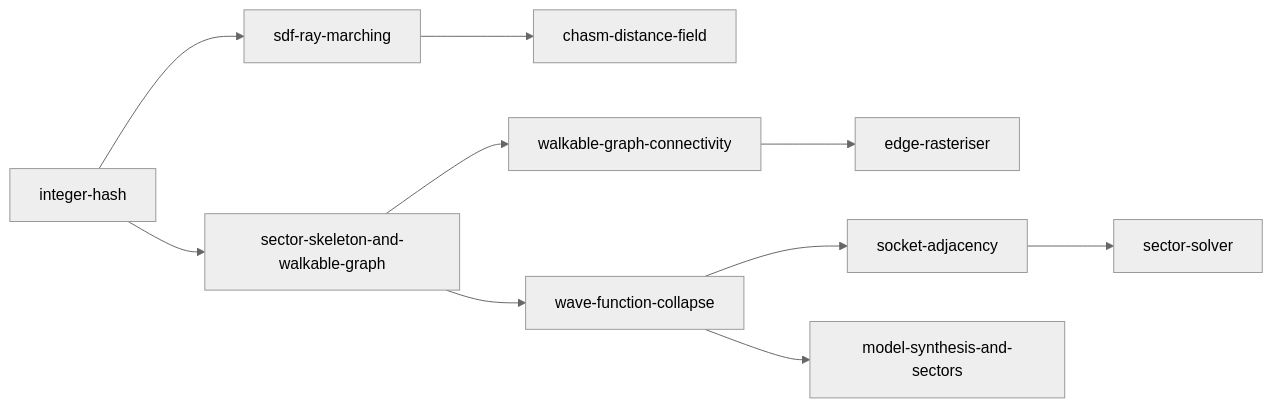
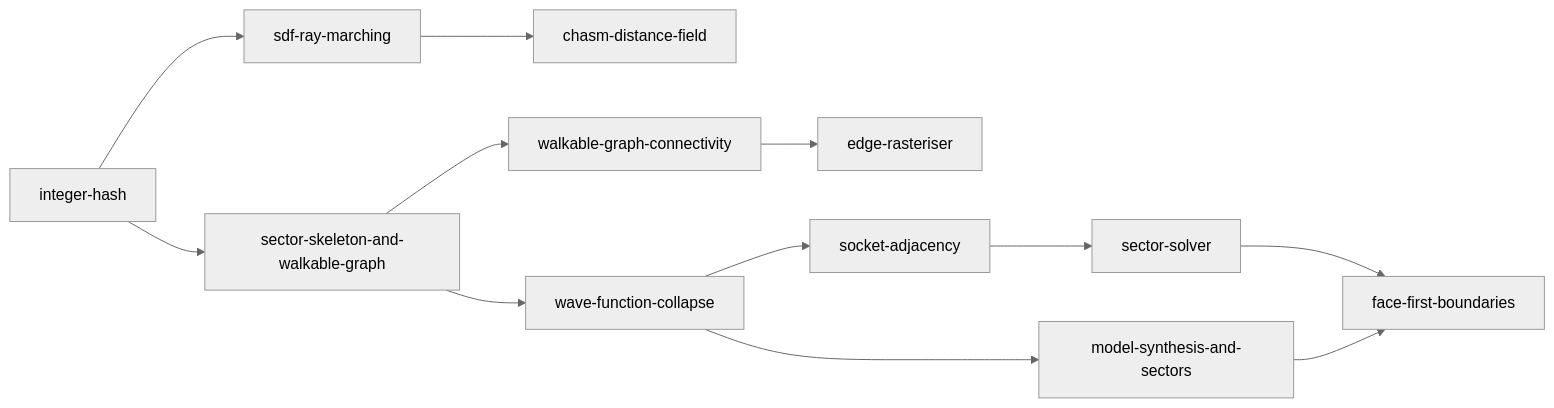
One commit to seletz/megastructure changed the diagram in docs/algorithms/README.md. Above: the diagram before and after it, drawn with Mermaid (neutral theme). The commit also changed other lines of this file and 7 other files, not shown here.

First line of the commit message:
docs(algorithms): describe face-first sector boundaries and their measurements

````diff
--- a/docs/algorithms/README.md
+++ b/docs/algorithms/README.md
@@ -21,12 +21,14 @@
 ```mermaid
 flowchart LR
     H[integer-hash] --> R[sdf-ray-marching]
     R --> C[chasm-distance-field]
     H --> K[sector-skeleton-and-walkable-graph]
     K --> G[walkable-graph-connectivity]
     G --> E[edge-rasteriser]
     K --> W[wave-function-collapse]
     W --> S[socket-adjacency]
     S --> V[sector-solver]
     W --> M[model-synthesis-and-sectors]
+    V --> F[face-first-boundaries]
+    M --> F
 ```
````
